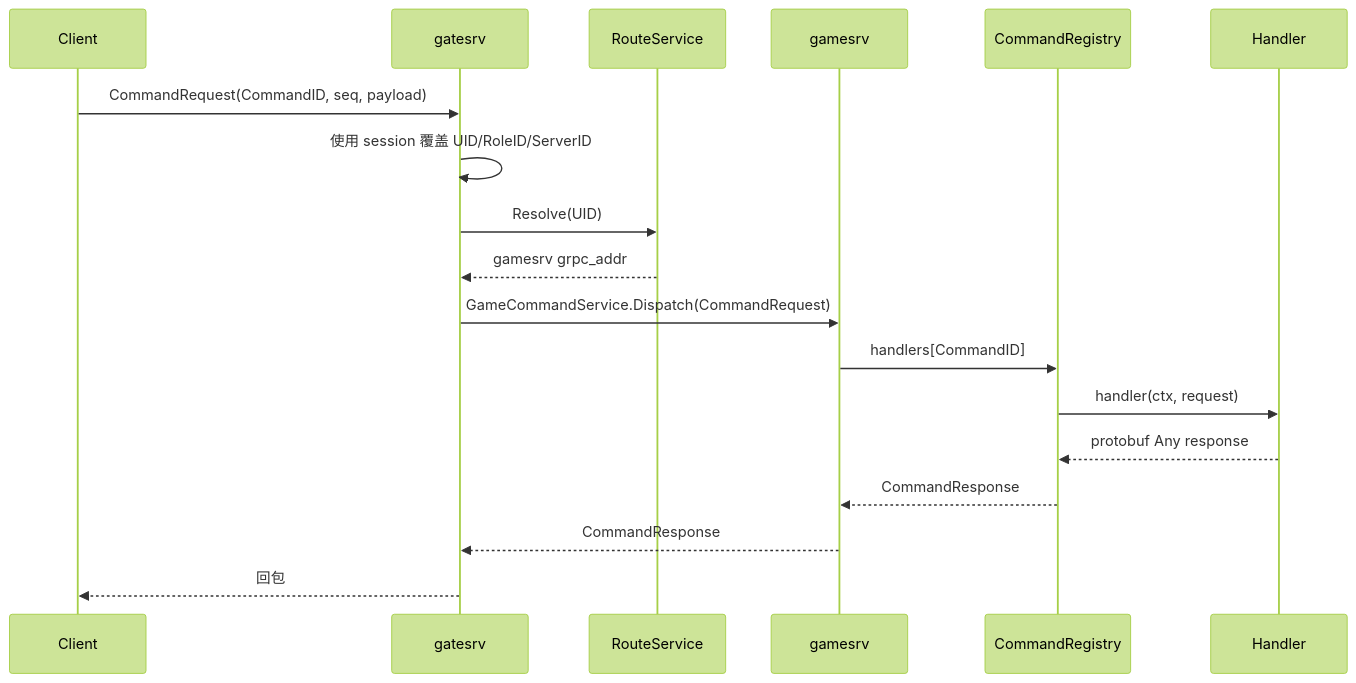
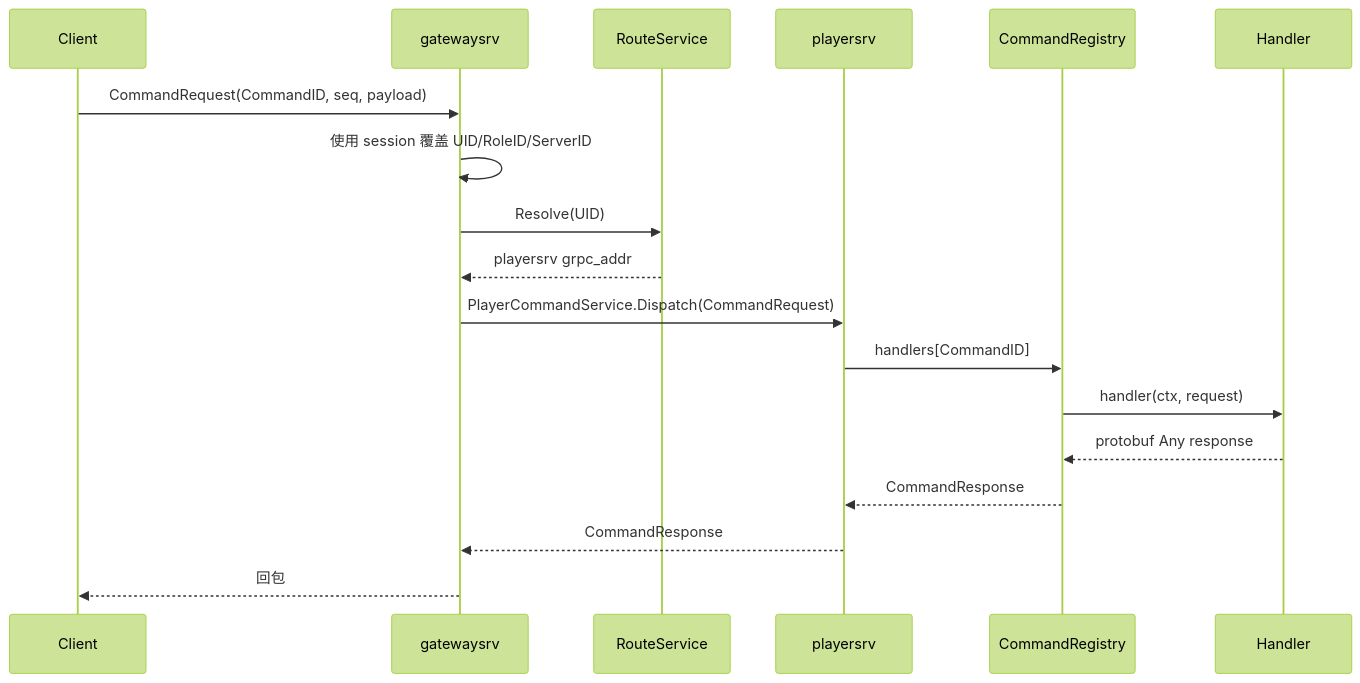
Before and after one commit to zhanglei19960726/globalmail: the fourth of 7 diagrams in docs/runtime-flows.md, drawn with Mermaid (forest theme). The commit also changed other lines of this file and 114 other files, not shown here.

Commit message:
Rename service modules and player mail rewards

````diff
--- a/docs/runtime-flows.md
+++ b/docs/runtime-flows.md
@@ -192,21 +192,21 @@
 ```mermaid
 sequenceDiagram
     participant C as Client
-    participant G as gatesrv
+    participant G as gatewaysrv
     participant R as RouteService
-    participant GS as gamesrv
+    participant GS as playersrv
     participant CR as CommandRegistry
     participant H as Handler
 
     C->>G: CommandRequest(CommandID, seq, payload)
     G->>G: 使用 session 覆盖 UID/RoleID/ServerID
     G->>R: Resolve(UID)
-    R-->>G: gamesrv grpc_addr
-    G->>GS: GameCommandService.Dispatch(CommandRequest)
+    R-->>G: playersrv grpc_addr
+    G->>GS: PlayerCommandService.Dispatch(CommandRequest)
     GS->>CR: handlers[CommandID]
     CR->>H: handler(ctx, request)
     H-->>CR: protobuf Any response
     CR-->>GS: CommandResponse
     GS-->>G: CommandResponse
     G-->>C: 回包
 ```
````
